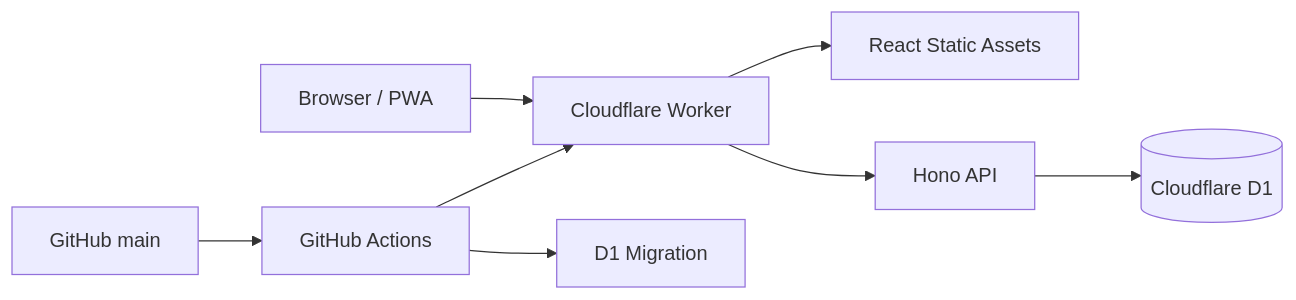
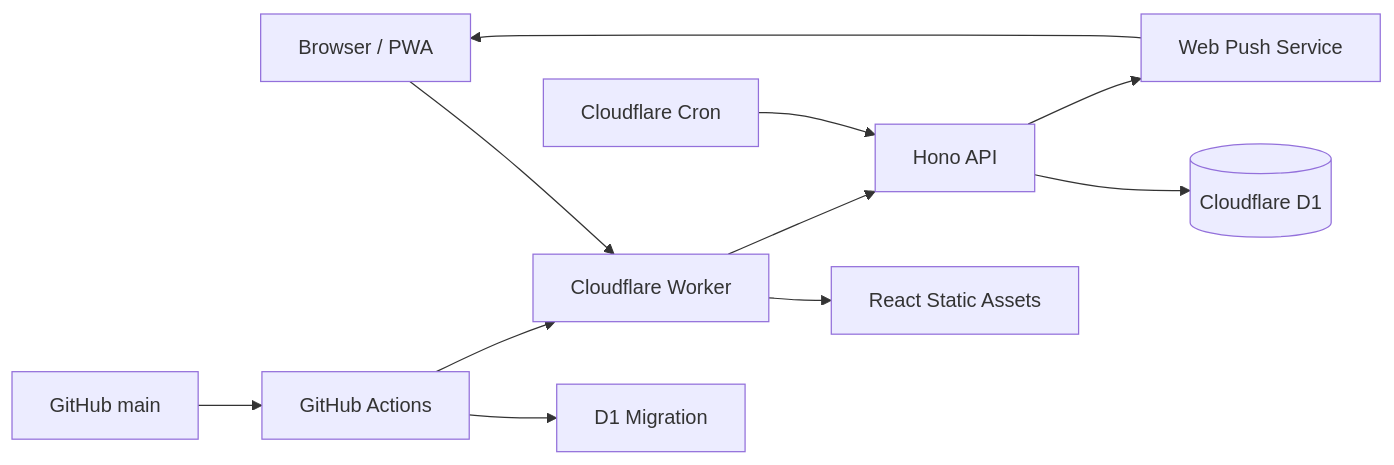
Before and after one commit to sakuramochi444/MyManager: the diagram in README.md, drawn with Mermaid. The commit also changed other lines of this file and 10 other files, not shown here.

````diff
--- a/README.md
+++ b/README.md
@@ -79,10 +85,13 @@
 ```mermaid
 flowchart LR
     User[Browser / PWA] --> Worker[Cloudflare Worker]
     Worker --> UI[React Static Assets]
     Worker --> API[Hono API]
     API --> D1[(Cloudflare D1)]
+    Cron[Cloudflare Cron] --> API
+    API --> Push[Web Push Service]
+    Push --> User
     GitHub[GitHub main] --> Actions[GitHub Actions]
     Actions --> Migration[D1 Migration]
     Actions --> Worker
 ```
````
